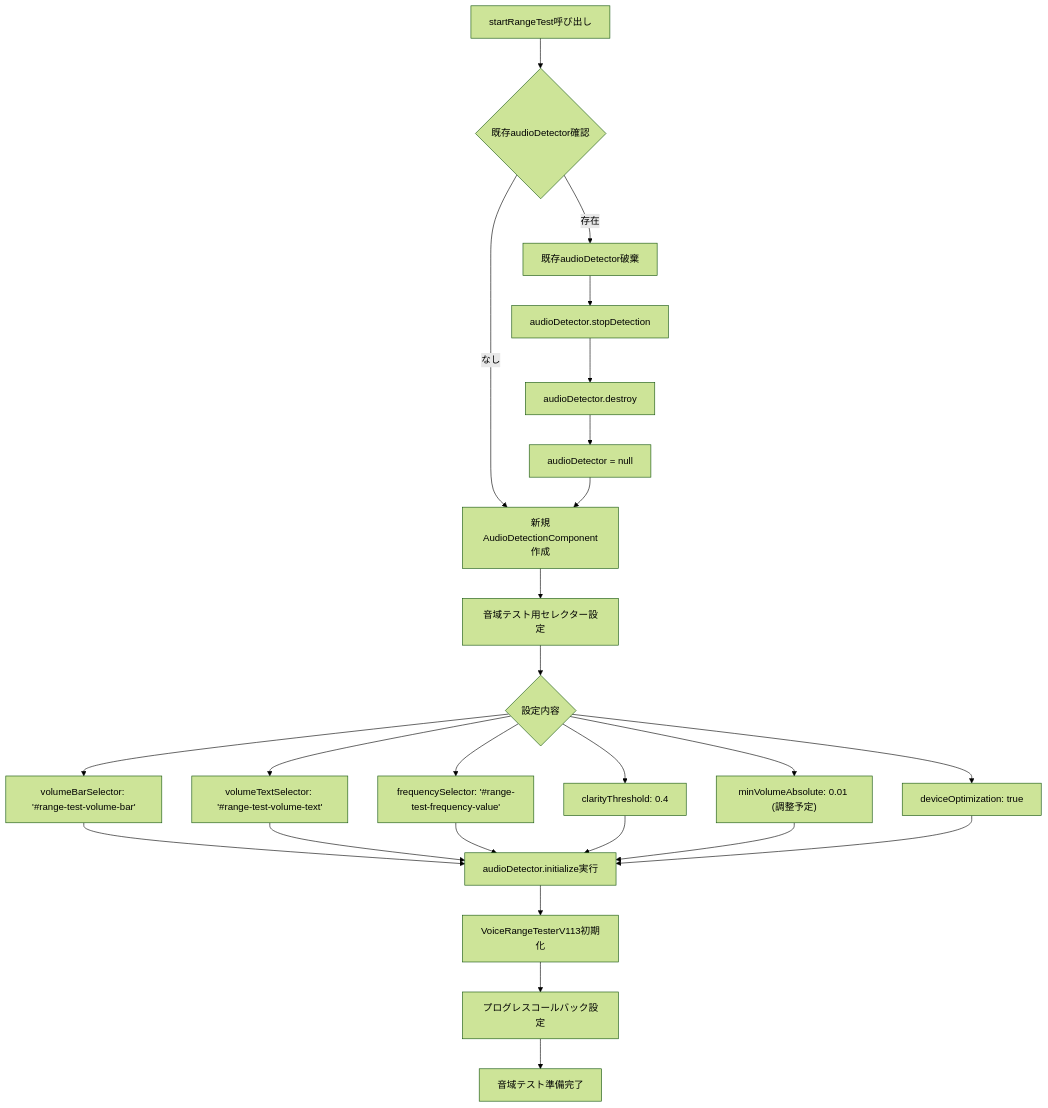
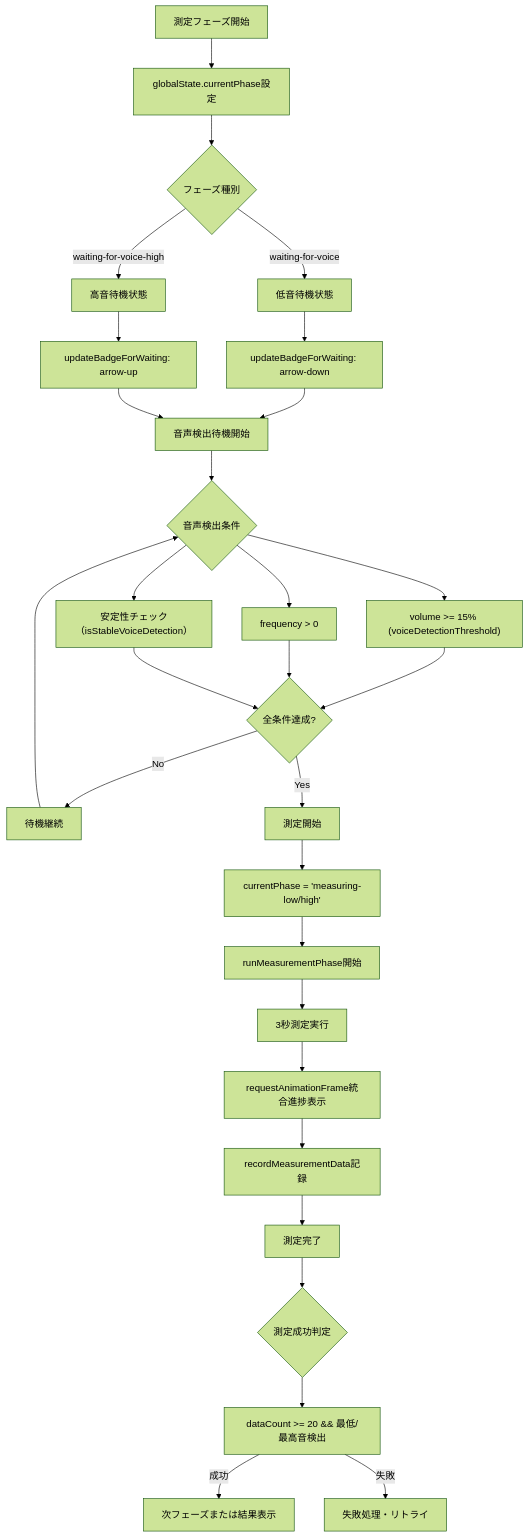
The second of 10 diagrams in VOICE_RANGE_TEST_FLOW_DIAGRAM.md (kiyopi/Relative-pitch-app), drawn with Mermaid (forest theme) before and after one commit. The commit also changed other lines of this file and 79 other files, not shown here.

````diff
--- a/VOICE_RANGE_TEST_FLOW_DIAGRAM.md
+++ b/VOICE_RANGE_TEST_FLOW_DIAGRAM.md
@@ -36,32 +48,41 @@
 ```mermaid
 flowchart TD
-    A[startRangeTest呼び出し] --> B{既存audioDetector確認}
-    B -->|存在| C[既存audioDetector破棄]
-    C --> D[audioDetector.stopDetection]
-    D --> E[audioDetector.destroy]
-    E --> F[audioDetector = null]
-    
-    B -->|なし| G[新規AudioDetectionComponent作成]
-    F --> G
-    
-    G --> H[音域テスト用セレクター設定]
-    H --> I{設定内容}
-    
-    I --> J["volumeBarSelector: '#range-test-volume-bar'"]
-    I --> K["volumeTextSelector: '#range-test-volume-text'"]
-    I --> L["frequencySelector: '#range-test-frequency-value'"]
-    I --> M["clarityThreshold: 0.4"]
-    I --> N["minVolumeAbsolute: 0.01 (調整予定)"]
-    I --> O["deviceOptimization: true"]
-    
-    J --> P[audioDetector.initialize実行]
-    K --> P
-    L --> P
-    M --> P
-    N --> P
-    O --> P
-    
-    P --> Q[VoiceRangeTesterV113初期化]
-    Q --> R[プログレスコールバック設定]
-    R --> S[音域テスト準備完了]
+    A[測定フェーズ開始] --> B[globalState.currentPhase設定]
+    B --> C{フェーズ種別}
+
+    C -->|waiting-for-voice| D[低音待機状態]
+    C -->|waiting-for-voice-high| E[高音待機状態]
+
+    D --> F[updateBadgeForWaiting: arrow-down]
+    E --> G[updateBadgeForWaiting: arrow-up]
+
+    F --> H[音声検出待機開始]
+    G --> H
+
+    H --> I{音声検出条件}
+    I --> J["volume >= 15% (voiceDetectionThreshold)"]
+    I --> K["frequency > 0"]
+    I --> L["安定性チェック（isStableVoiceDetection）"]
+
+    J --> M{全条件達成?}
+    K --> M
+    L --> M
+
+    M -->|No| N[待機継続]
+    N --> I
+
+    M -->|Yes| O[測定開始]
+    O --> P["currentPhase = 'measuring-low/high'"]
+    P --> Q[runMeasurementPhase開始]
+
+    Q --> R[3秒測定実行]
+    R --> S[requestAnimationFrame統合進捗表示]
+    S --> T[recordMeasurementData記録]
+
+    T --> U[測定完了]
+    U --> V{測定成功判定}
+    V --> W["dataCount >= 20 && 最低/最高音検出"]
+
+    W -->|成功| X[次フェーズまたは結果表示]
+    W -->|失敗| Y[失敗処理・リトライ]
 ```
````
